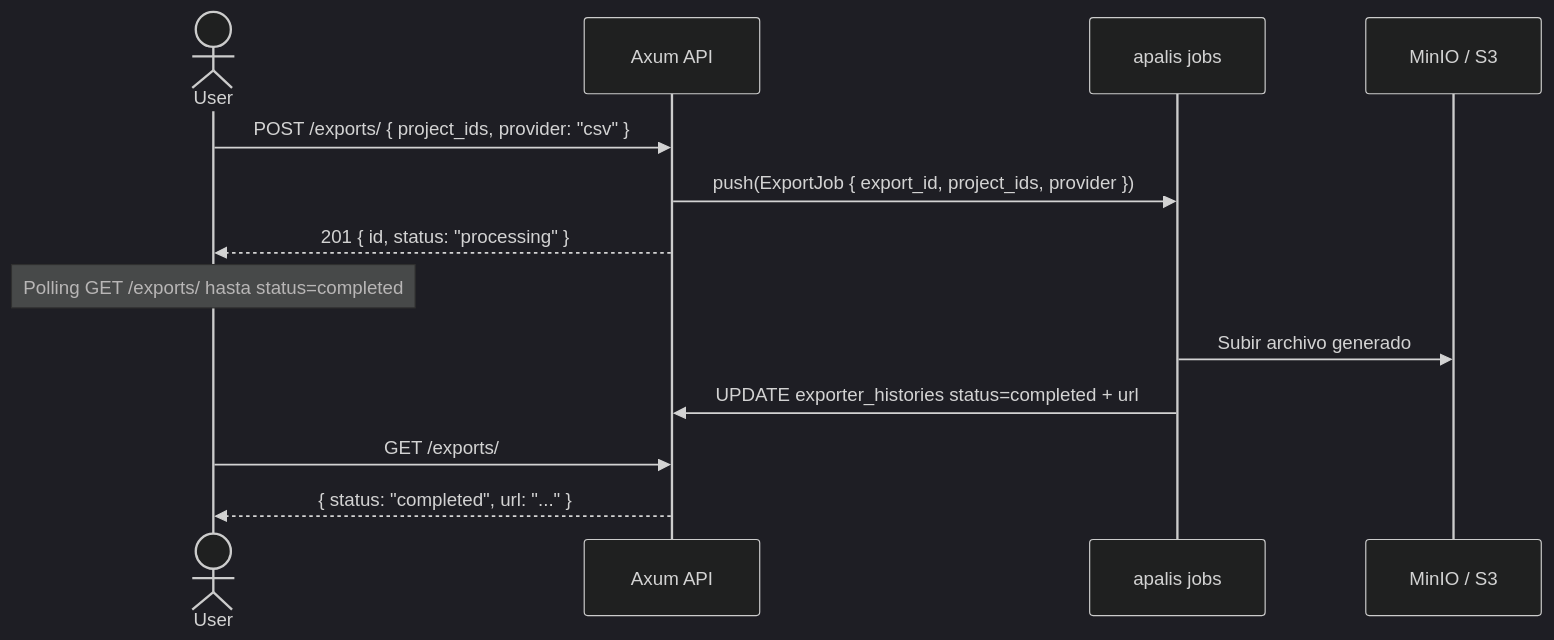
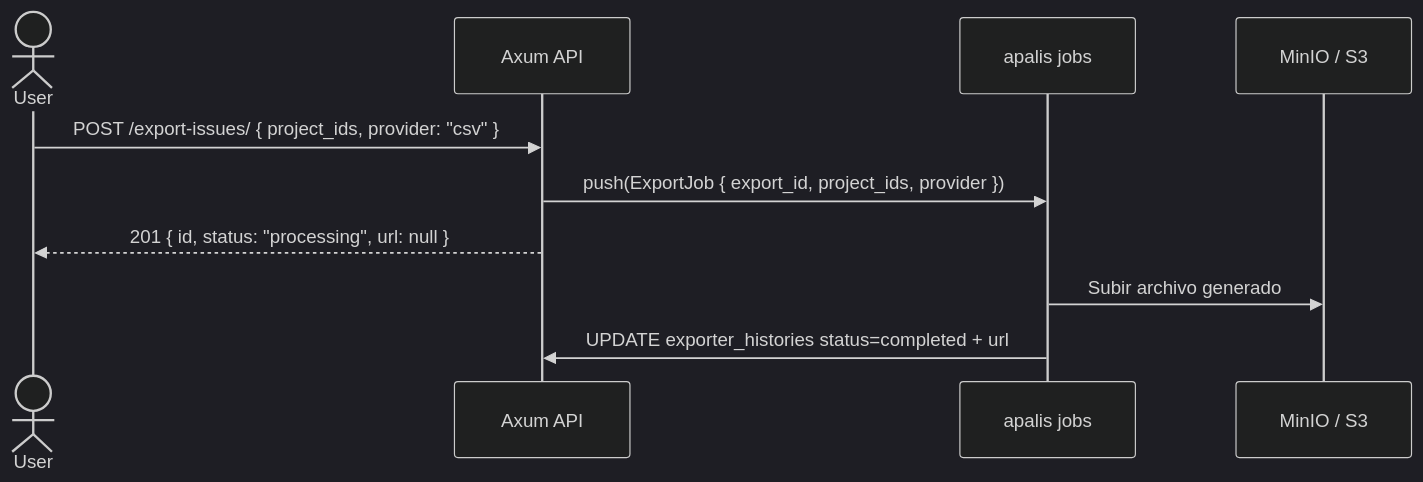
Before and after one commit to codecsrayo/plane: the diagram in docs/api-rust/dominio-workspace-settings.md, drawn with Mermaid (dark theme). The commit also changed other lines of this file, not shown here.

Commit message:
fix(docs): dominio-workspace-settings — INC-01 exports URL, INC-02 webhook-logs, INC-03 UI state endpoints

````diff
--- a/docs/api-rust/dominio-workspace-settings.md
+++ b/docs/api-rust/dominio-workspace-settings.md
@@ -134,17 +137,14 @@
 ```mermaid
 sequenceDiagram
     actor User
     participant API as Axum API
     participant Apalis as apalis jobs
     participant S3 as MinIO / S3
 
-    User->>API: POST /exports/ { project_ids, provider: "csv" }
+    User->>API: POST /export-issues/ { project_ids, provider: "csv" }
     API->>Apalis: push(ExportJob { export_id, project_ids, provider })
-    API-->>User: 201 { id, status: "processing" }
+    API-->>User: 201 { id, status: "processing", url: null }
 
-    Note over User: Polling GET /exports/ hasta status=completed
     Apalis->>S3: Subir archivo generado
     Apalis->>API: UPDATE exporter_histories status=completed + url
-    User->>API: GET /exports/
-    API-->>User: { status: "completed", url: "..." }
 ```
````
